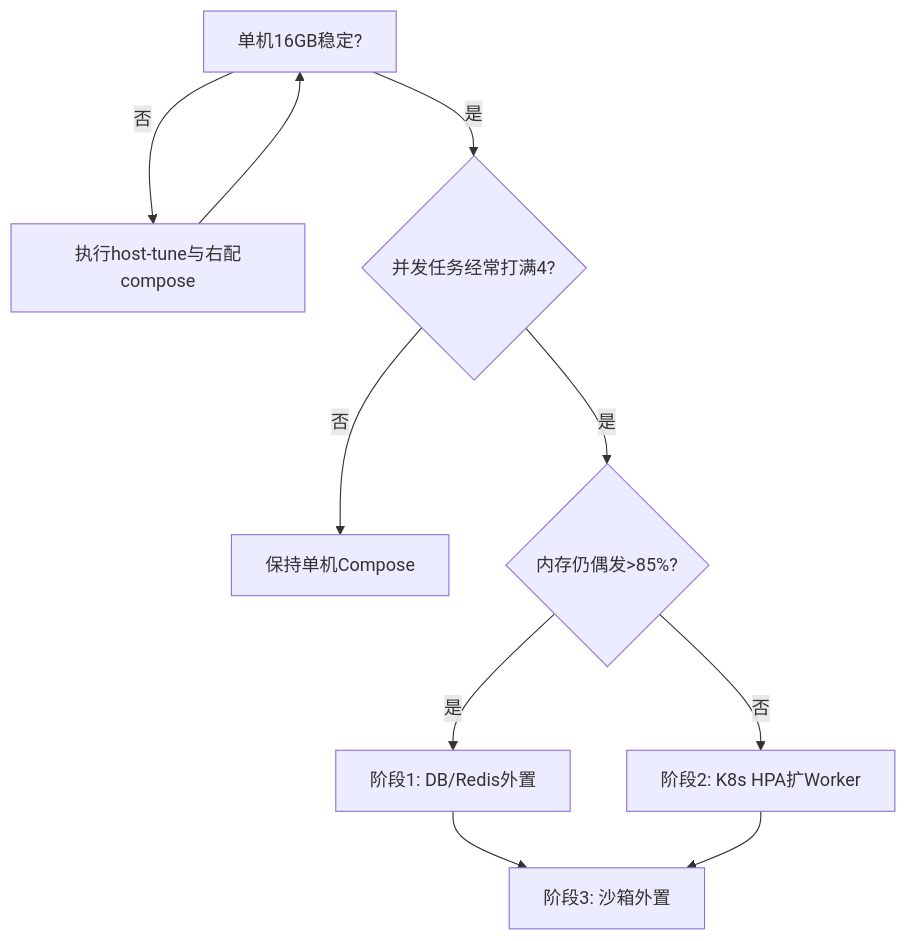
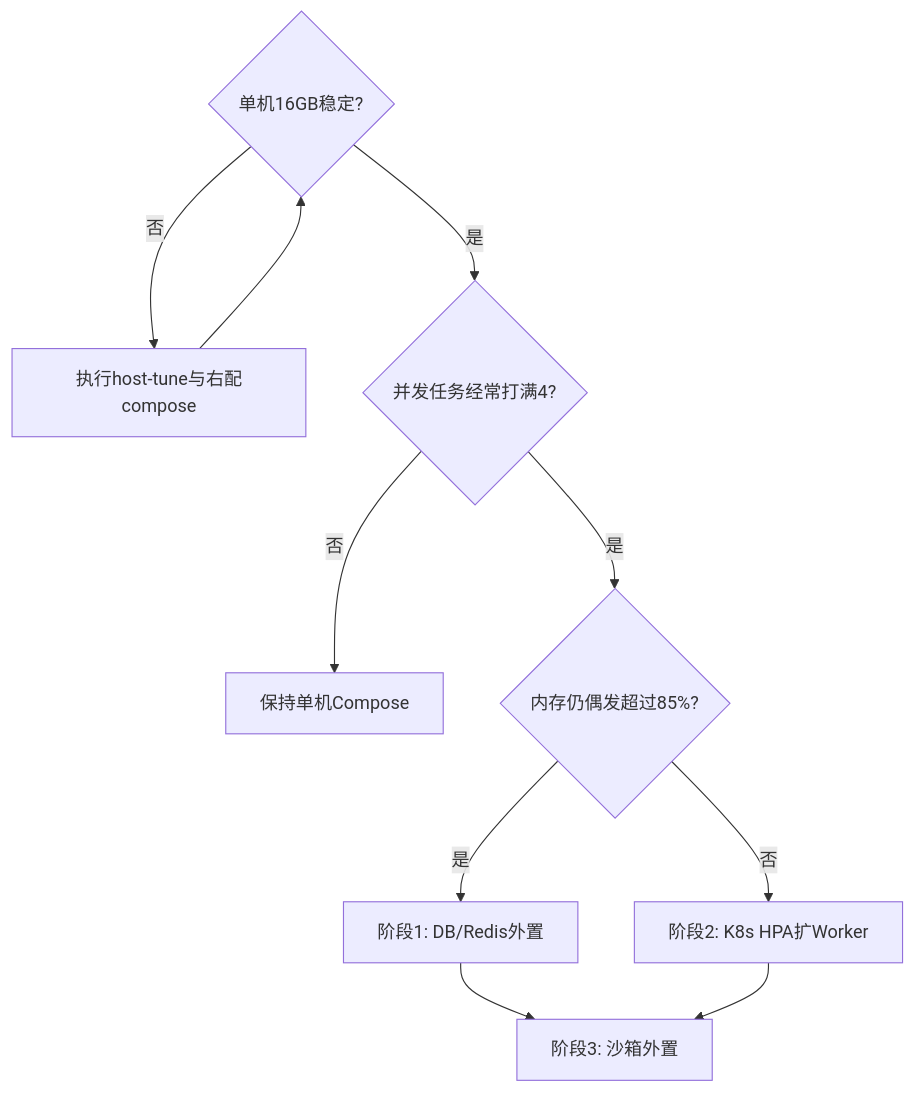
The second of 2 diagrams in docs/architecture-evolution.md (OceaLong/opencitadel), drawn with Mermaid before and after one commit. The commit also changed other lines of this file and 23 other files, not shown here.

````diff
--- a/docs/architecture-evolution.md
+++ b/docs/architecture-evolution.md
@@ -136,12 +136,12 @@
 ```mermaid
 flowchart TD
-  start[单机16GB稳定?] -->|否| tune[执行host-tune与右配compose]
+  start{"单机16GB稳定?"} -->|"否"| tune["执行host-tune与右配compose"]
   tune --> start
-  start -->|是| q1{并发任务经常打满4?}
-  q1 -->|否| stay[保持单机Compose]
-  q1 -->|是| q2{内存仍偶发>85%?}
-  q2 -->|是| split_db[阶段1: DB/Redis外置]
-  q2 -->|否| k8s[阶段2: K8s HPA扩Worker]
-  split_db --> sandbox[阶段3: 沙箱外置]
+  start -->|"是"| q1{"并发任务经常打满4?"}
+  q1 -->|"否"| stay["保持单机Compose"]
+  q1 -->|"是"| q2{"内存仍偶发超过85%?"}
+  q2 -->|"是"| split_db["阶段1: DB/Redis外置"]
+  q2 -->|"否"| k8s["阶段2: K8s HPA扩Worker"]
+  split_db --> sandbox["阶段3: 沙箱外置"]
   k8s --> sandbox
 ```
````
